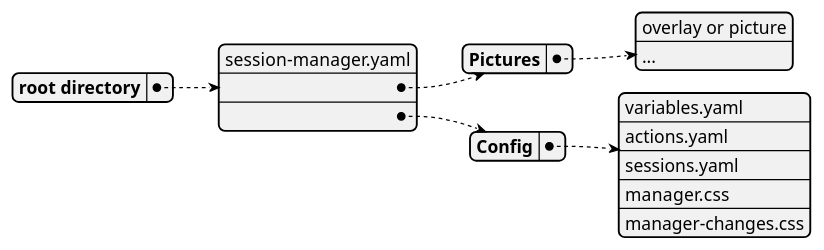
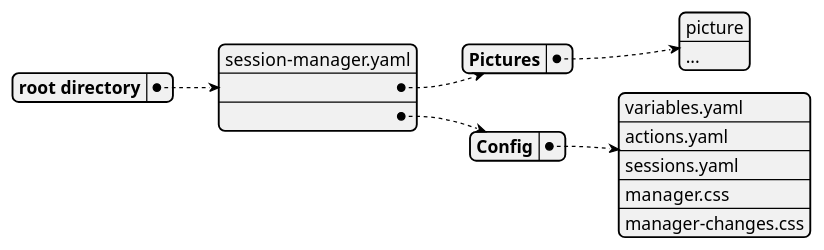
One commit to MARTIMM/SessionManager changed the sixth of 7 diagrams in doc/session-manager.md. Above: the diagram before and after it, drawn with PlantUML. The commit also changed other lines of this file, not shown here.

````diff
--- a/doc/session-manager.md
+++ b/doc/session-manager.md
@@ -223,15 +229,16 @@
   ```plantuml
   @startyaml
   root directory:
     - session-manager.yaml
     - Pictures:
-      - overlay or picture
+      '- overlay or picture
+      - picture
       - ...
     - Config:
       - variables.yaml
       - actions.yaml
       - sessions.yaml
       - manager.css
       - manager-changes.css
   @endyaml
   ```
````
